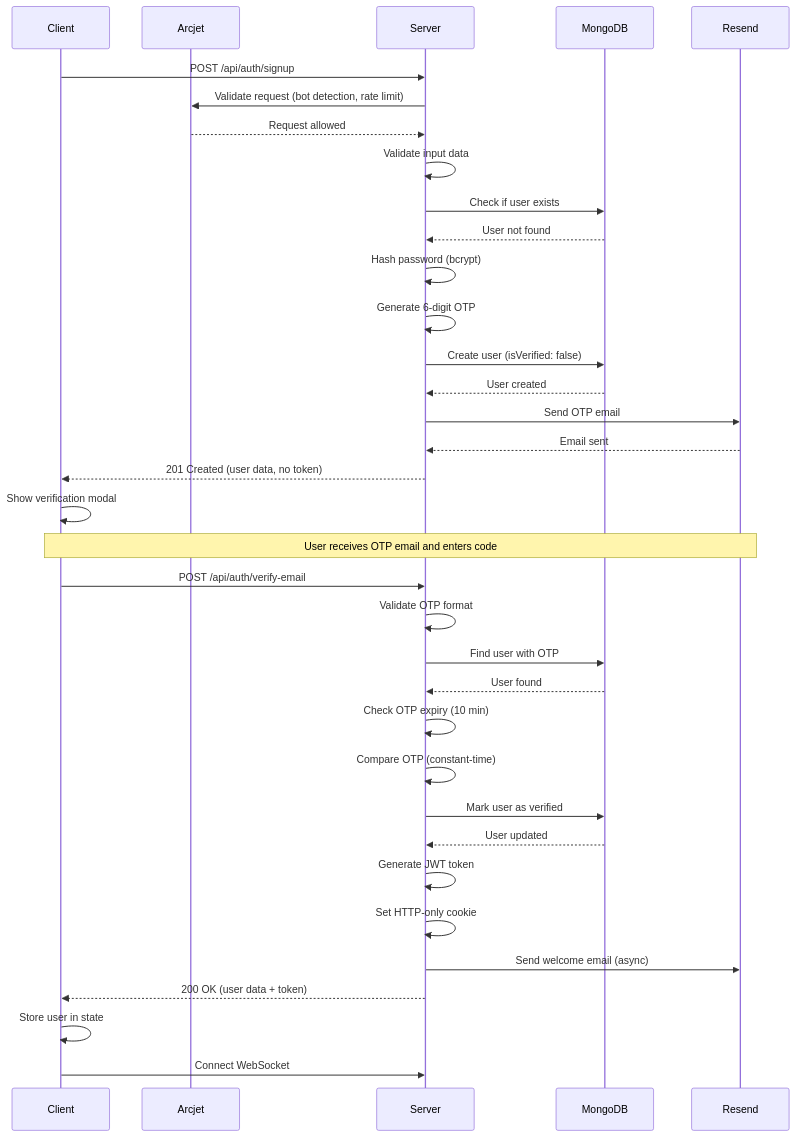
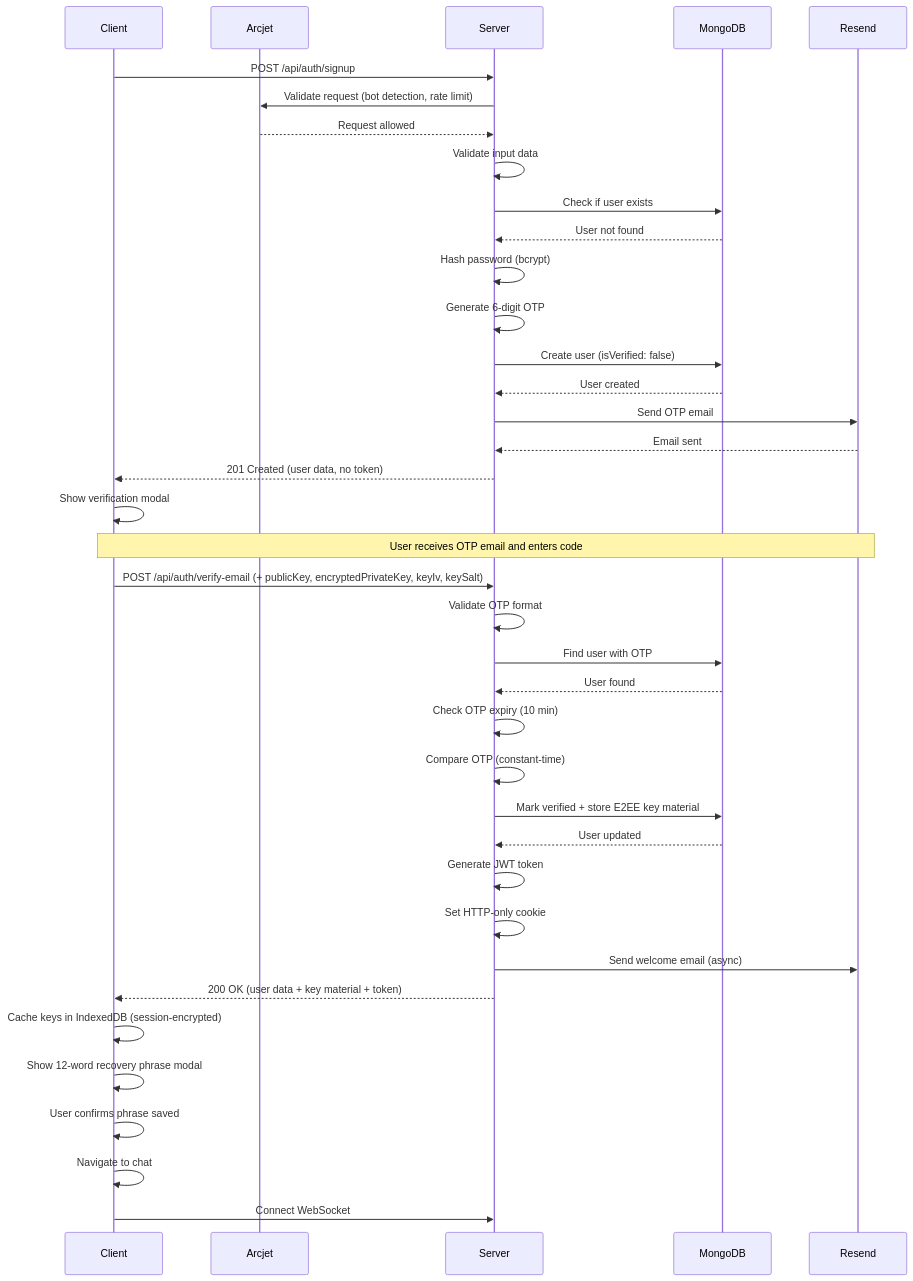
Before and after one commit to rudra1806/relay: the first of 6 diagrams in README.md, drawn with Mermaid. The commit also changed other lines of this file and 29 other files, not shown here.

````diff
--- a/README.md
+++ b/README.md
@@ -179,40 +248,43 @@
 ```mermaid
 sequenceDiagram
     participant Client
     participant Arcjet
     participant Server
     participant MongoDB
     participant Resend
 
     Client->>Server: POST /api/auth/signup
     Server->>Arcjet: Validate request (bot detection, rate limit)
     Arcjet-->>Server: Request allowed
     Server->>Server: Validate input data
     Server->>MongoDB: Check if user exists
     MongoDB-->>Server: User not found
     Server->>Server: Hash password (bcrypt)
     Server->>Server: Generate 6-digit OTP
     Server->>MongoDB: Create user (isVerified: false)
     MongoDB-->>Server: User created
     Server->>Resend: Send OTP email
     Resend-->>Server: Email sent
     Server-->>Client: 201 Created (user data, no token)
     Client->>Client: Show verification modal
     
     Note over Client,Resend: User receives OTP email and enters code
     
-    Client->>Server: POST /api/auth/verify-email
+    Client->>Server: POST /api/auth/verify-email (+ publicKey, encryptedPrivateKey, keyIv, keySalt)
     Server->>Server: Validate OTP format
     Server->>MongoDB: Find user with OTP
     MongoDB-->>Server: User found
     Server->>Server: Check OTP expiry (10 min)
     Server->>Server: Compare OTP (constant-time)
-    Server->>MongoDB: Mark user as verified
+    Server->>MongoDB: Mark verified + store E2EE key material
     MongoDB-->>Server: User updated
     Server->>Server: Generate JWT token
     Server->>Server: Set HTTP-only cookie
     Server->>Resend: Send welcome email (async)
-    Server-->>Client: 200 OK (user data + token)
-    Client->>Client: Store user in state
+    Server-->>Client: 200 OK (user data + key material + token)
+    Client->>Client: Cache keys in IndexedDB (session-encrypted)
+    Client->>Client: Show 12-word recovery phrase modal
+    Client->>Client: User confirms phrase saved
+    Client->>Client: Navigate to chat
     Client->>Server: Connect WebSocket
 ```
````
